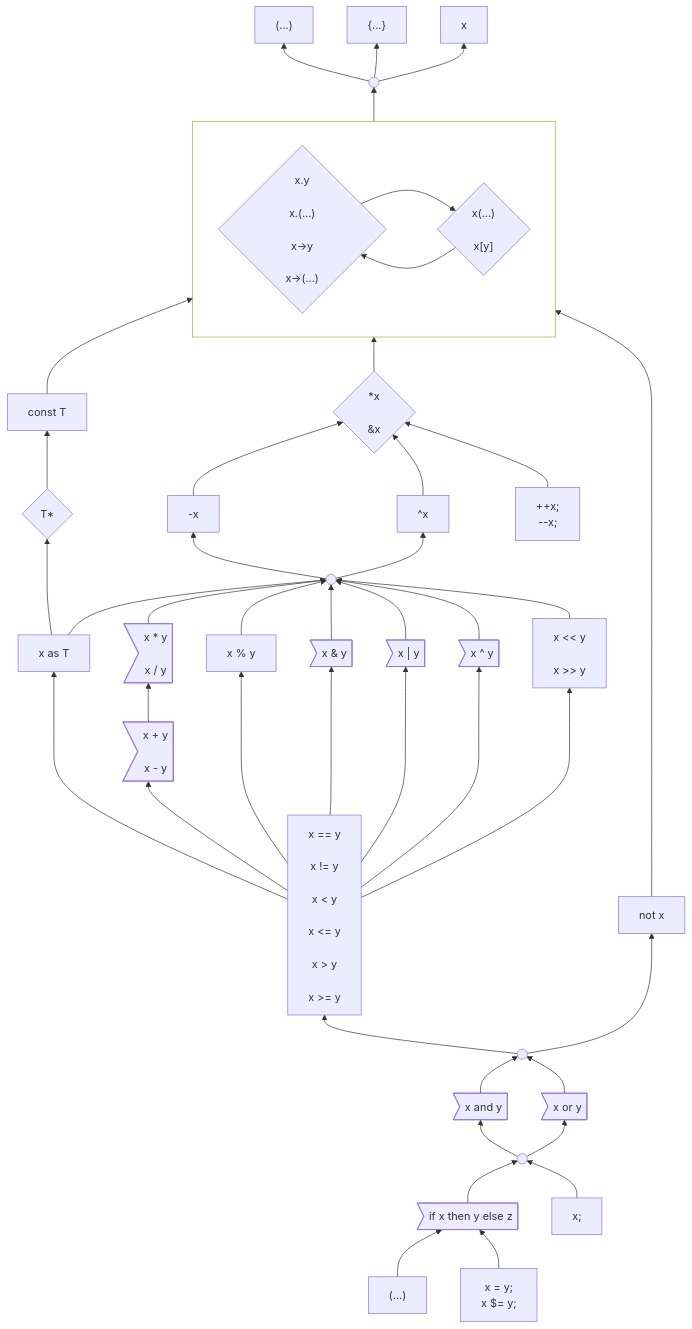
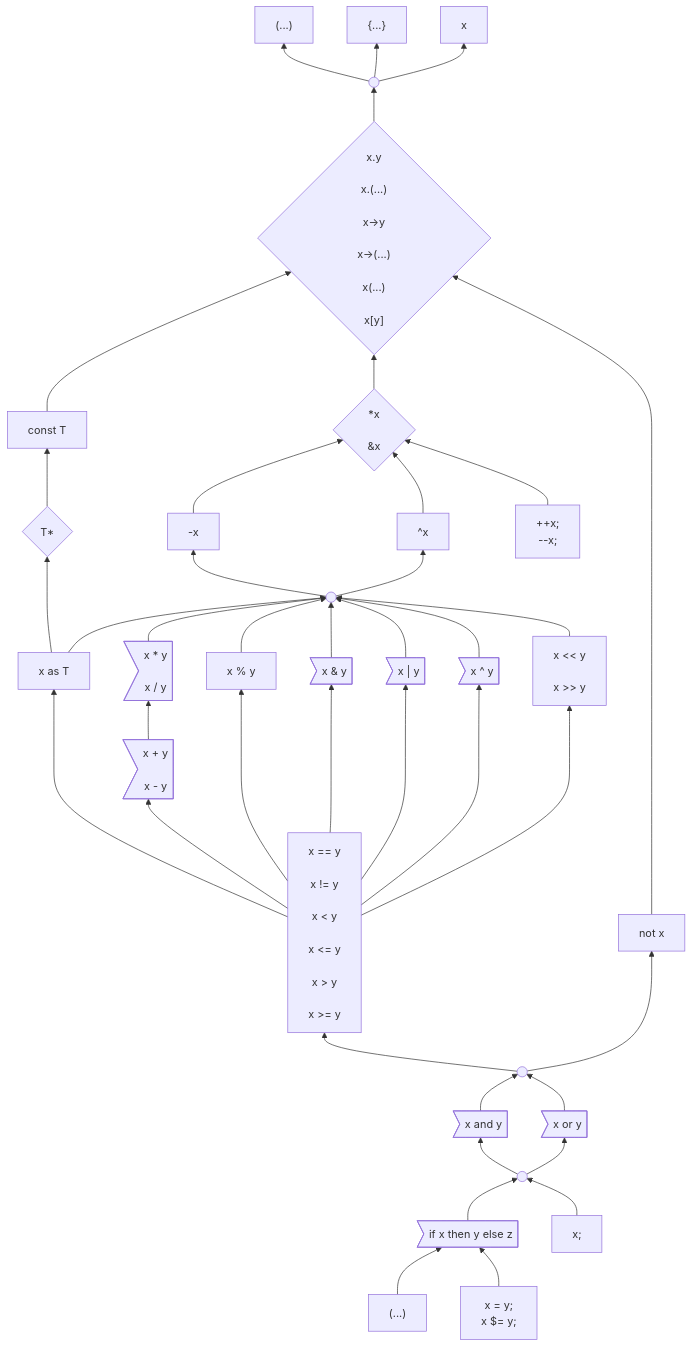
Before and after one commit to carbon-language/carbon-lang: the first of 3 diagrams in docs/design/expressions/README.md, drawn with Mermaid. The commit also changed other lines of this file, not shown here.

Commit message:
Merge the suffix ops into a single box in the operator precedence mermaid diagram (#4067)
The current approach was done to work-around a limitation that we can
only have a single link per box, but is unscalable. Instead have a
single link to a new sections of the document that describes the box,
and has multiple links.

---------

```diff
--- a/docs/design/expressions/README.md
+++ b/docs/design/expressions/README.md
@@ -63,19 +64,13 @@
 
     top((" "))
 
-subgraph memberCallIndex[" "]
-    direction LR
-    memberAccess{"x.y<br>
-                  x.(...)<br>
-                  x->y<br>
-                  x->(...)"}
-    click memberAccess "https://github.com/carbon-language/carbon-lang/blob/trunk/docs/design/expressions/member_access.md"
-
-    callAndIndexing{"x(...)<br>
-                     x[y]"}
-    click callAndIndexing "https://github.com/carbon-language/carbon-lang/blob/trunk/docs/design/expressions/indexing.md"
-end
-style memberCallIndex fill:none
+    suffixOps{"x.y<br>
+               x.(...)<br>
+               x->y<br>
+               x->(...)<br>
+               x(...)<br>
+               x[y]"}
+    click suffixOps "https://github.com/carbon-language/carbon-lang/blob/trunk/docs/design/expressions/README.md#suffix-operators"
 
     constType["const T"]
     click pointer-type "https://github.com/carbon-language/carbon-lang/blob/trunk/docs/design/expressions/type_operators.md"
@@ -156,20 +151,17 @@
 
     top --> parens & braces & unqualifiedName
 
-    memberCallIndex --> top
+    suffixOps --> top
 
-    callAndIndexing --> memberAccess
-    memberAccess --> callAndIndexing
-
-    constType --> memberCallIndex
+    constType --> suffixOps
     pointerType --> constType
     as --> pointerType
 
-    pointer --> memberCallIndex
+    pointer --> suffixOps
     negation & complement & incDec --> pointer
     unary --> negation & complement
     %% Use a longer arrow here to put `not` next to `and` and `or`.
-    not -------> memberCallIndex
+    not -------> suffixOps
     as & multiplication & modulo & bitwise_and & bitwise_or & bitwise_xor & shift --> unary
     addition --> multiplication
     comparison --> as & addition & modulo & bitwise_and & bitwise_or & bitwise_xor & shift
```
